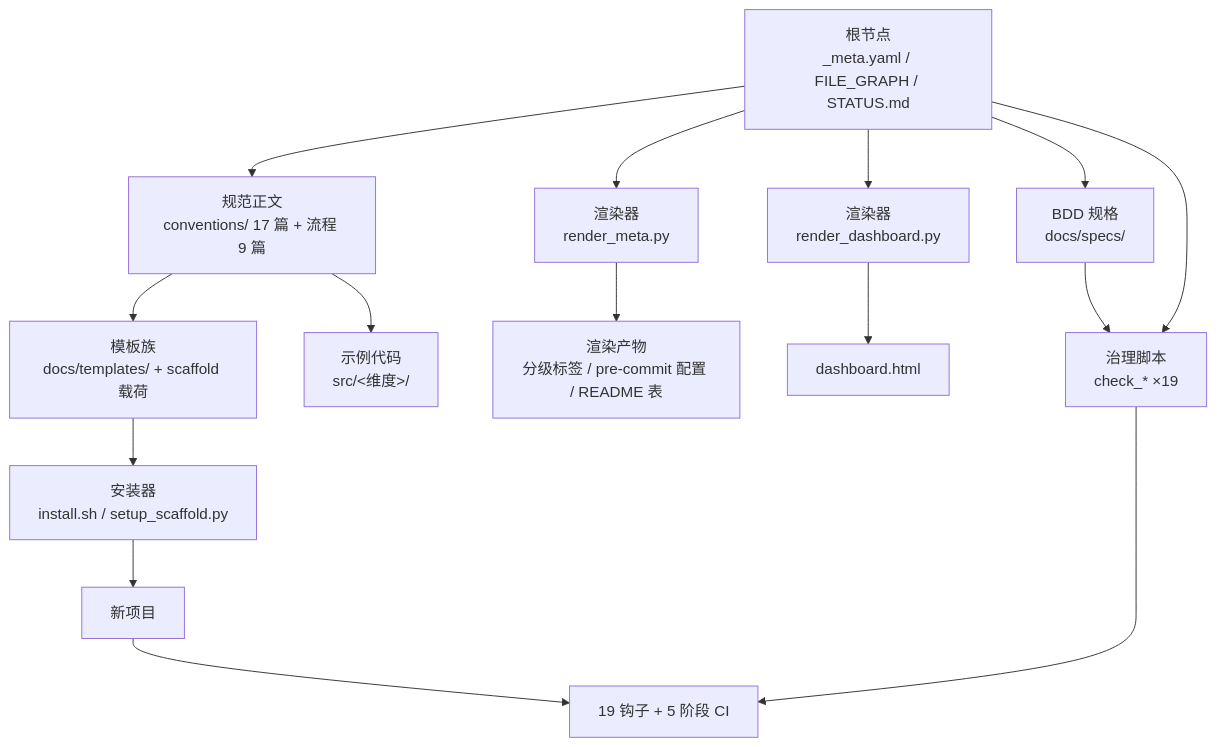
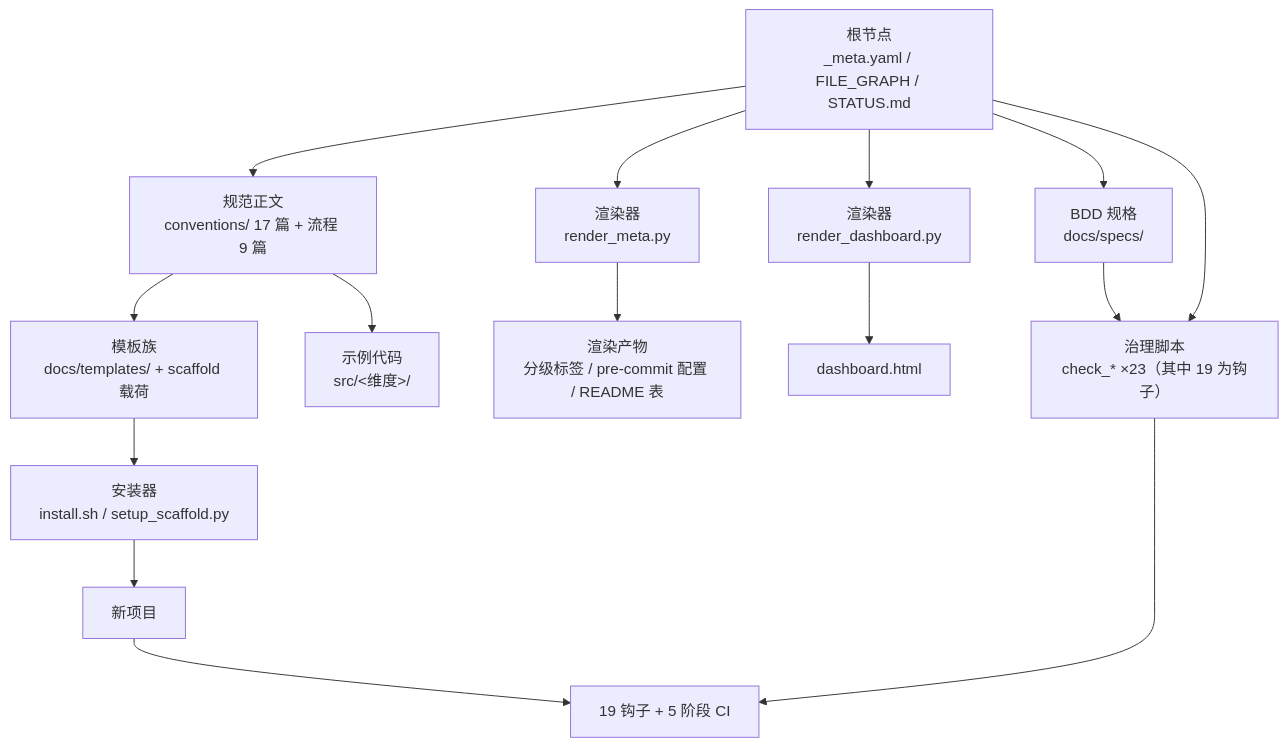
The diagram in architecture.md (xiangbianpangde/devguard), drawn with Mermaid before and after one commit. The commit also changed other lines of this file and 33 other files, not shown here.

````diff
--- a/architecture.md
+++ b/architecture.md
@@ -30,17 +30,17 @@
 ```mermaid
 flowchart TD
     ROOT["根节点<br/>_meta.yaml / FILE_GRAPH / STATUS.md"] --> CONV["规范正文<br/>conventions/ 17 篇 + 流程 9 篇"]
     ROOT --> SPEC["BDD 规格<br/>docs/specs/"]
     CONV --> TPL["模板族<br/>docs/templates/ + scaffold 载荷"]
     CONV --> SRC["示例代码<br/>src/&lt;维度&gt;/"]
     ROOT --> RM["渲染器<br/>render_meta.py"]
     RM --> PROD["渲染产物<br/>分级标签 / pre-commit 配置 / README 表"]
     ROOT --> RD["渲染器<br/>render_dashboard.py"]
     RD --> DASH["dashboard.html"]
-    ROOT --> CHK["治理脚本<br/>check_* ×19"]
+    ROOT --> CHK["治理脚本<br/>check_* ×23（其中 19 为钩子）"]
     CHK --> HOOK["19 钩子 + 5 阶段 CI"]
     TPL --> INST["安装器<br/>install.sh / setup_scaffold.py"]
     INST --> NEWPROJ["新项目"]
     NEWPROJ --> HOOK
     SPEC --> CHK
 ```
````
